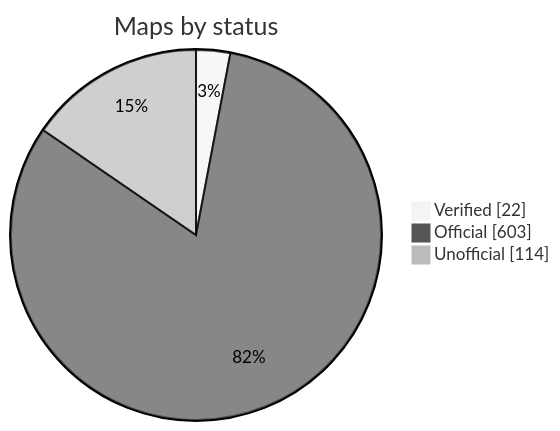
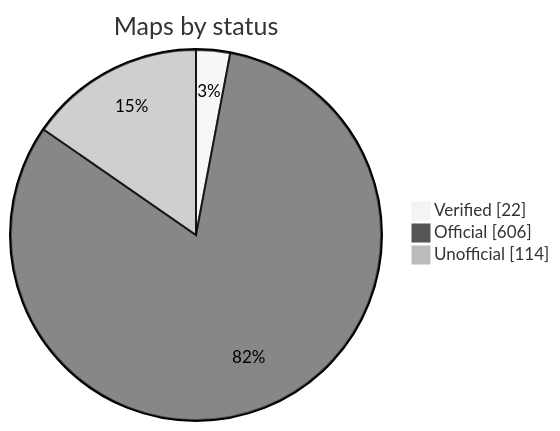
One commit to nobrega8/mbmap-library changed the diagram in README.md. Above: the diagram before and after it, drawn with Mermaid (neutral theme). The commit also changed 8 other files, not shown here.

````diff
--- a/README.md
+++ b/README.md
@@ -52,7 +52,7 @@
 ```mermaid
 pie showData
     title Maps by status
     "Verified" : 22
-    "Official" : 603
+    "Official" : 606
     "Unofficial" : 114
 ```
````
